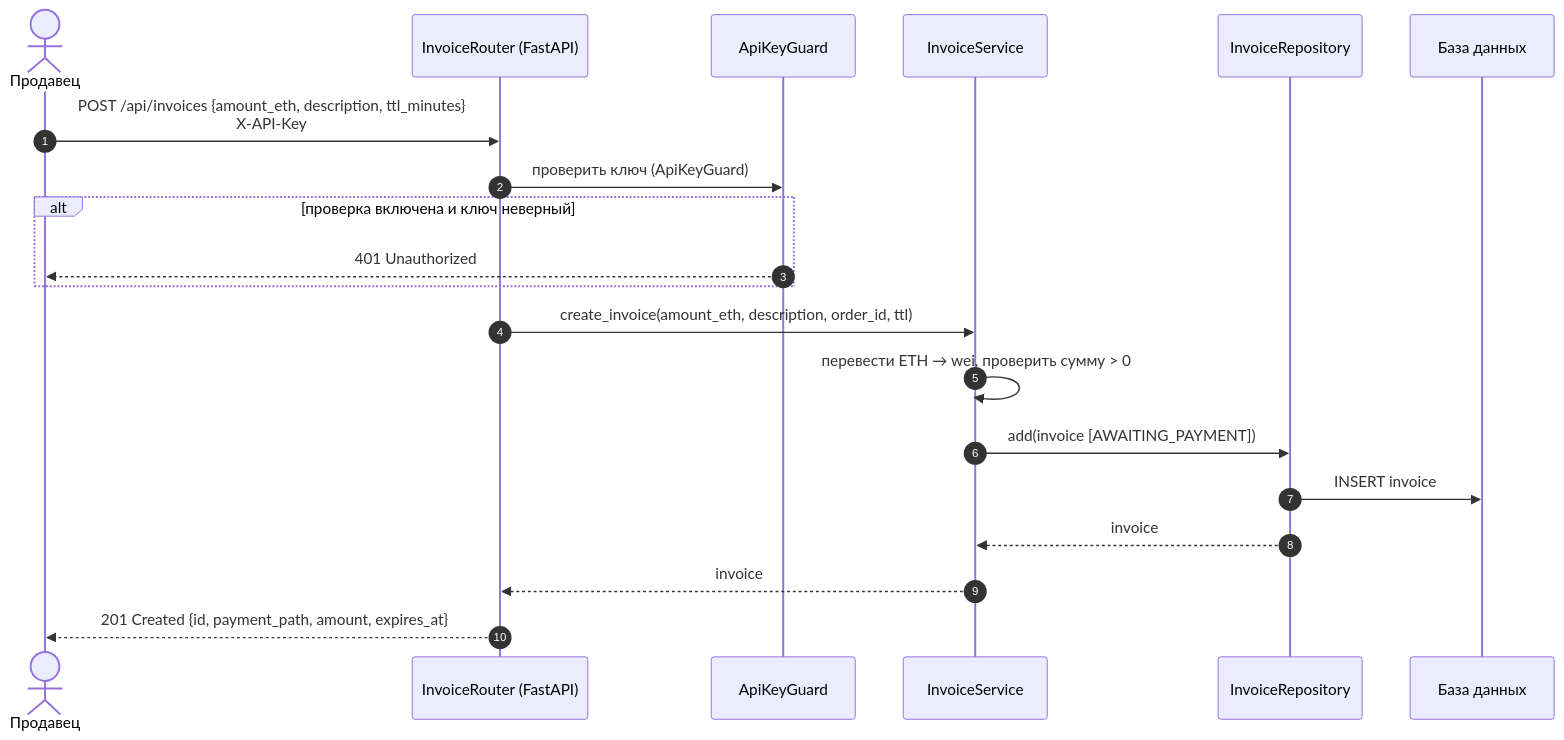
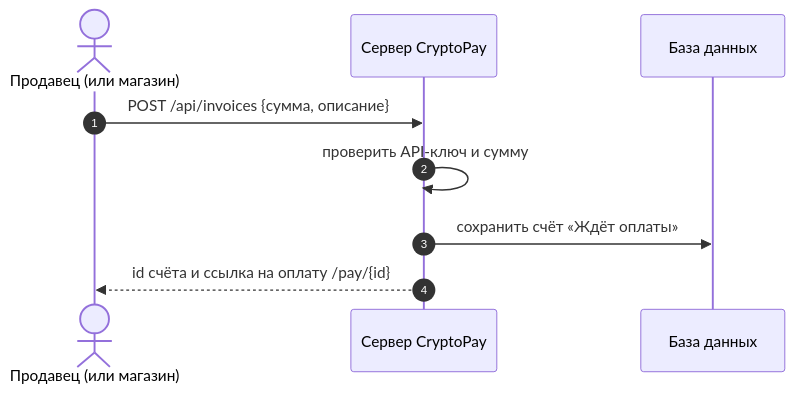
The first of 3 diagrams in docs/03-sequence.md (AslanTabaldiev/Cryptopay), drawn with Mermaid before and after one commit. The commit also changed other lines of this file and 1 other file, not shown here.

Commit message:
Упрощённые диаграммы последовательности

````diff
--- a/docs/03-sequence.md
+++ b/docs/03-sequence.md
@@ -5,23 +9,12 @@
 ```mermaid
 sequenceDiagram
     autonumber
-    actor M as Продавец
-    participant API as InvoiceRouter (FastAPI)
-    participant Auth as ApiKeyGuard
-    participant IS as InvoiceService
-    participant Repo as InvoiceRepository
+    actor M as Продавец (или магазин)
+    participant S as Сервер CryptoPay
     participant DB as База данных
 
-    M->>API: POST /api/invoices {amount_eth, description, ttl_minutes}<br/>X-API-Key
-    API->>Auth: проверить ключ (ApiKeyGuard)
-    alt проверка включена и ключ неверный
-        Auth-->>M: 401 Unauthorized
-    end
-    API->>IS: create_invoice(amount_eth, description, order_id, ttl)
-    IS->>IS: перевести ETH → wei, проверить сумму > 0
-    IS->>Repo: add(invoice [AWAITING_PAYMENT])
-    Repo->>DB: INSERT invoice
-    Repo-->>IS: invoice
-    IS-->>API: invoice
-    API-->>M: 201 Created {id, payment_path, amount, expires_at}
+    M->>S: POST /api/invoices {сумма, описание}
+    S->>S: проверить API-ключ и сумму
+    S->>DB: сохранить счёт «Ждёт оплаты»
+    S-->>M: id счёта и ссылка на оплату /pay/{id}
 ```
````
